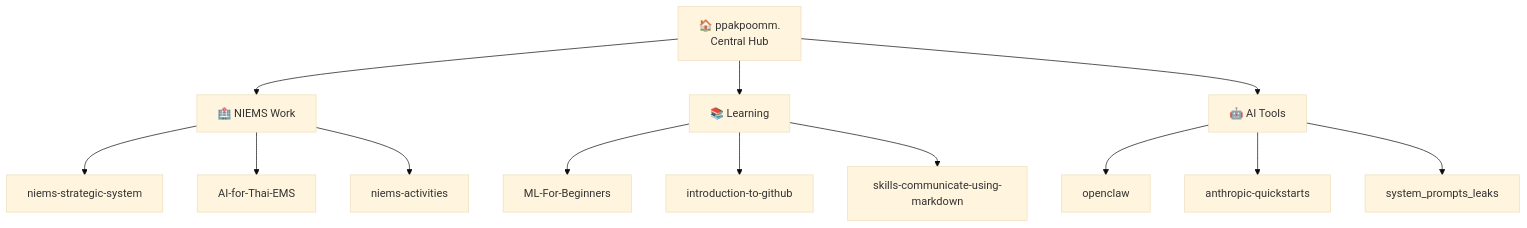
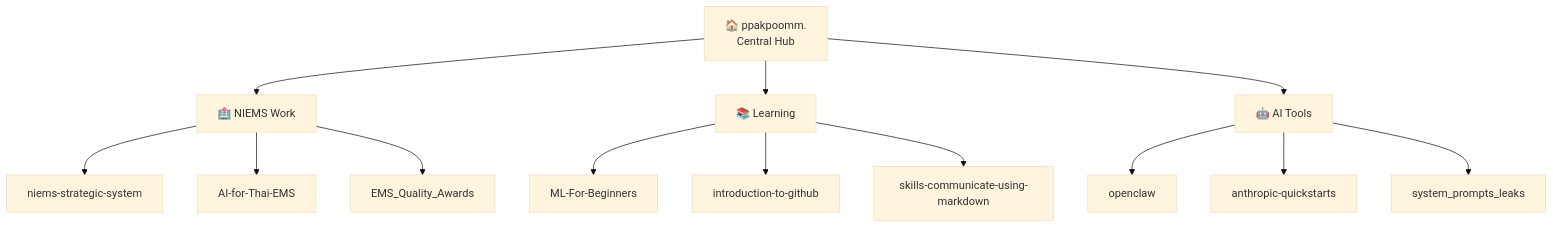
One commit to ppakpoomm/ppakpoomm. changed the diagram in README.md. Above: the diagram before and after it, drawn with Mermaid (base theme). The commit also changed other lines of this file and 32 other files, not shown here.

First line of the commit message:
refactor: เปลี่ยนชื่อเป็น EMS_Quality_Awards โฟกัส Spreadsheet ตอบรับ

````diff
--- a/README.md
+++ b/README.md
@@ -20,19 +20,19 @@
 ```mermaid
 graph TB
     HUB["🏠 ppakpoomm.<br/>Central Hub"]
     HUB --> NIEMS["🏥 NIEMS Work"]
     HUB --> LEARN["📚 Learning"]
     HUB --> AI["🤖 AI Tools"]
 
     NIEMS --> NSS["niems-strategic-system"]
     NIEMS --> AEMS["AI-for-Thai-EMS"]
-    NIEMS --> NACT["niems-activities"]
+    NIEMS --> EQA["EMS_Quality_Awards"]
 
     LEARN --> ML["ML-For-Beginners"]
     LEARN --> GH["introduction-to-github"]
     LEARN --> MD["skills-communicate-using-markdown"]
 
     AI --> OC["openclaw"]
     AI --> AQ["anthropic-quickstarts"]
     AI --> SP["system_prompts_leaks"]
 ```
````
